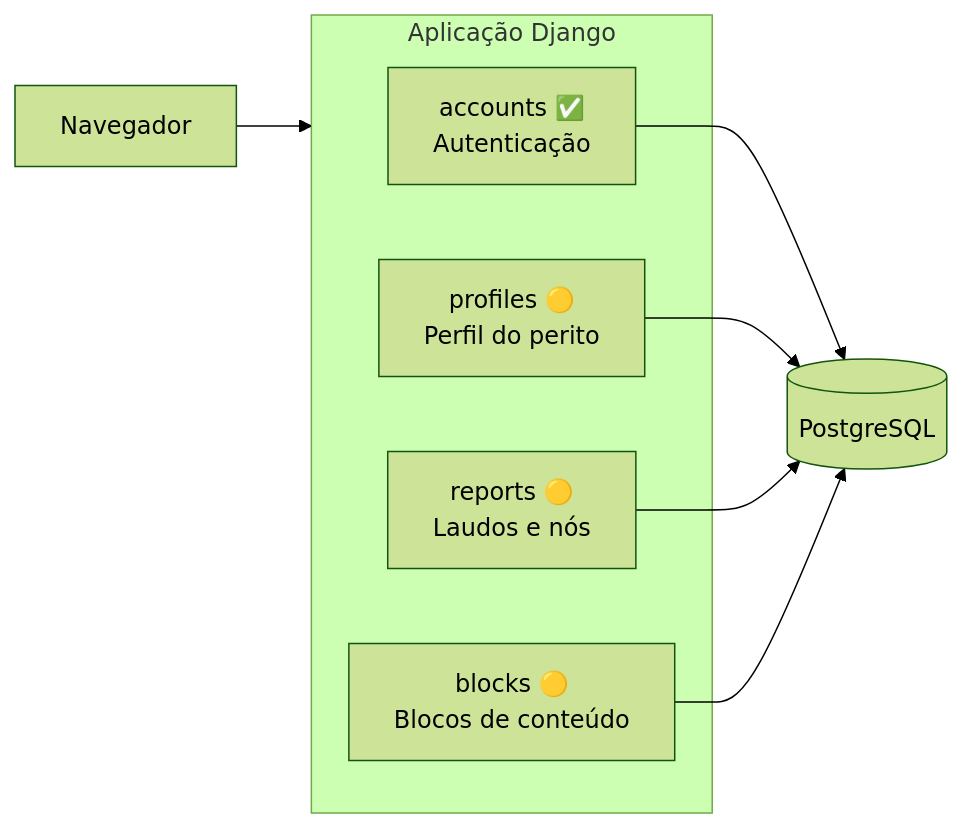
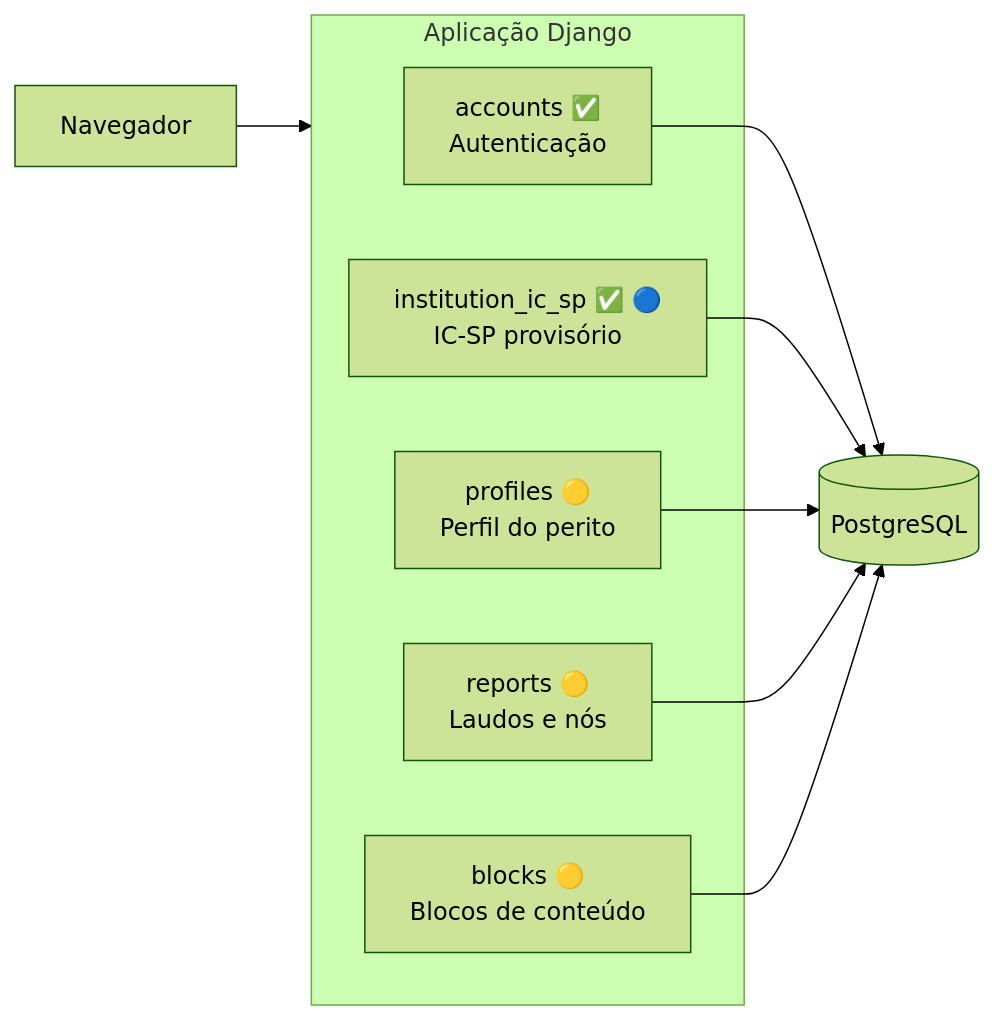
The second of 2 diagrams in docs/architecture/01-context.md (PeritoCriminal/reportline), drawn with Mermaid (forest theme) before and after one commit. The commit also changed other lines of this file and 31 other files, not shown here.

````diff
--- a/docs/architecture/01-context.md
+++ b/docs/architecture/01-context.md
@@ -51,19 +51,21 @@
 ```mermaid
 flowchart LR
     browser["Navegador"]
 
     subgraph django ["Aplicação Django"]
         accounts["accounts ✅<br/>Autenticação"]
+        institution_ic_sp["institution_ic_sp ✅ 🔵<br/>IC-SP provisório"]
         profiles["profiles 🟡<br/>Perfil do perito"]
         reports["reports 🟡<br/>Laudos e nós"]
         blocks["blocks 🟡<br/>Blocos de conteúdo"]
     end
 
     postgres[("PostgreSQL")]
 
     browser --> django
     accounts --> postgres
+    institution_ic_sp --> postgres
     profiles --> postgres
     reports --> postgres
     blocks --> postgres
 ```
````
